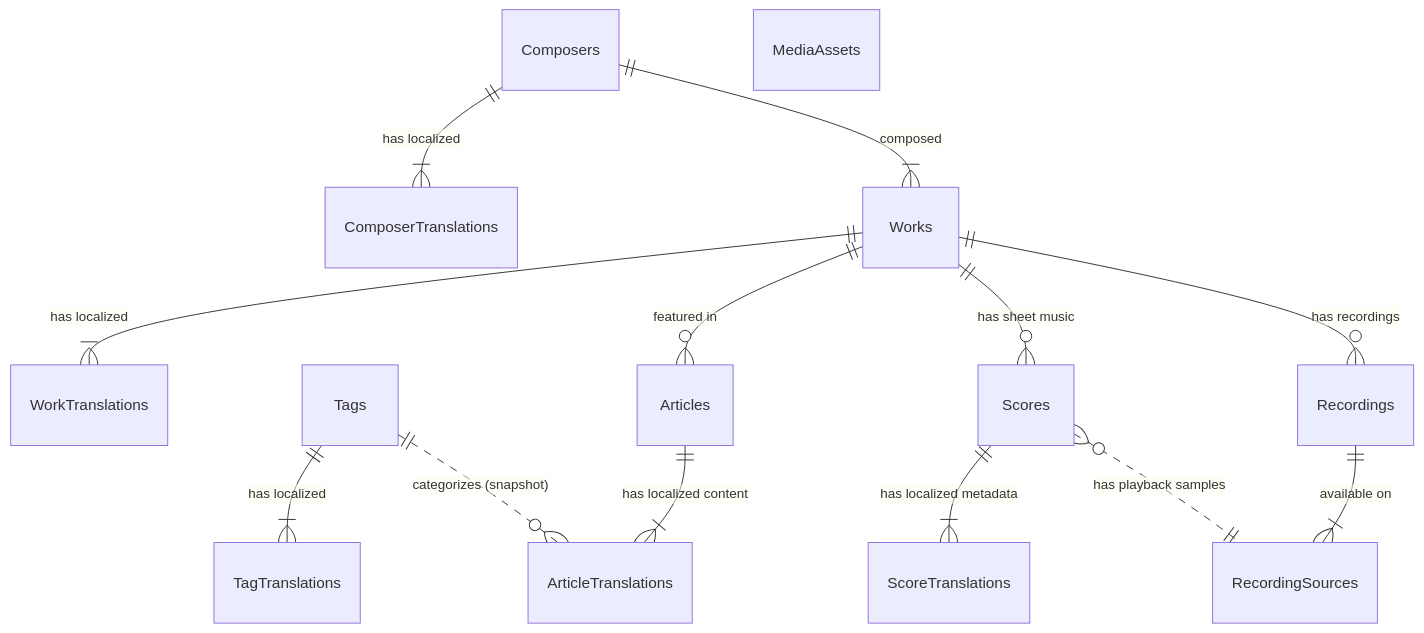
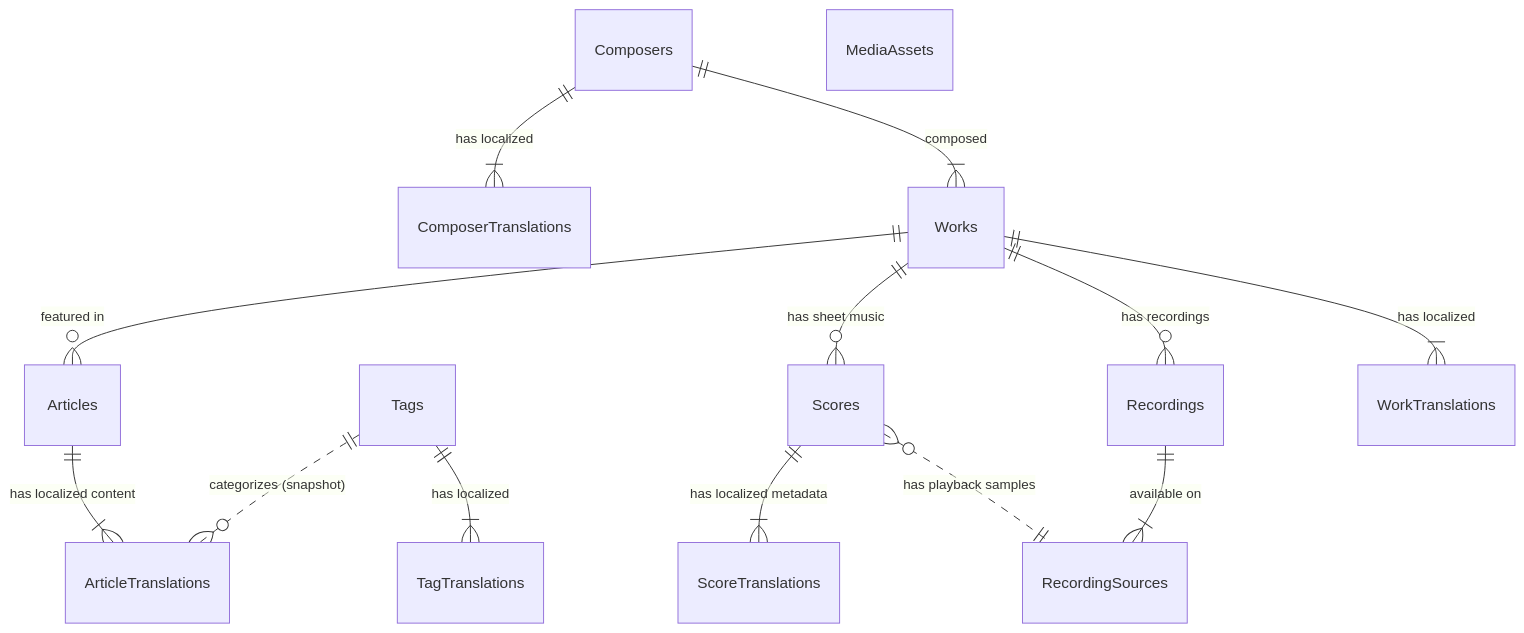
One commit to preludio-lab/preludio-lab changed the first of 3 diagrams in docs/05_design/database-schema.md. Above: the diagram before and after it, drawn with Mermaid.

Commit message:
docs(db): ER図のグルーピングと順序をドキュメントのH2見出しに合わせる

````diff
--- a/docs/05_design/database-schema.md
+++ b/docs/05_design/database-schema.md
@@ -54,21 +54,21 @@
 ```mermaid
 erDiagram
-    %% Masters (Reference)
+    %% Core Tables: Articles
+    Works ||--o{ Articles : "featured in"
+    Articles ||--|{ ArticleTranslations : "has localized content"
+    Tags ||..o{ ArticleTranslations : "categorizes (snapshot)"
+
+    %% Asset Tables: Scores & Recordings
+    Works ||--o{ Scores : "has sheet music"
+    Scores ||--|{ ScoreTranslations : "has localized metadata"
+    Scores }o..|| RecordingSources : "has playback samples"
+    Works ||--o{ Recordings : "has recordings"
+    Recordings ||--|{ RecordingSources : "available on"
+
+    %% Master Tables: Composers & Works
     Composers ||--|{ ComposerTranslations : "has localized"
     Composers ||--|{ Works : "composed"
     Works ||--|{ WorkTranslations : "has localized"
     Tags ||--|{ TagTranslations : "has localized"
     MediaAssets
-
-    %% Application Core (Zero-JOIN)
-    Works ||--o{ Articles : "featured in"
-    Articles ||--|{ ArticleTranslations : "has localized content"
-    Tags ||..o{ ArticleTranslations : "categorizes (snapshot)"
-
-    %% Multimedia Assets
-    Works ||--o{ Scores : "has sheet music"
-    Scores ||--|{ ScoreTranslations : "has localized metadata"
-    Scores }o..|| RecordingSources : "has playback samples"
-    Works ||--o{ Recordings : "has recordings"
-    Recordings ||--|{ RecordingSources : "available on"
 ```
````
